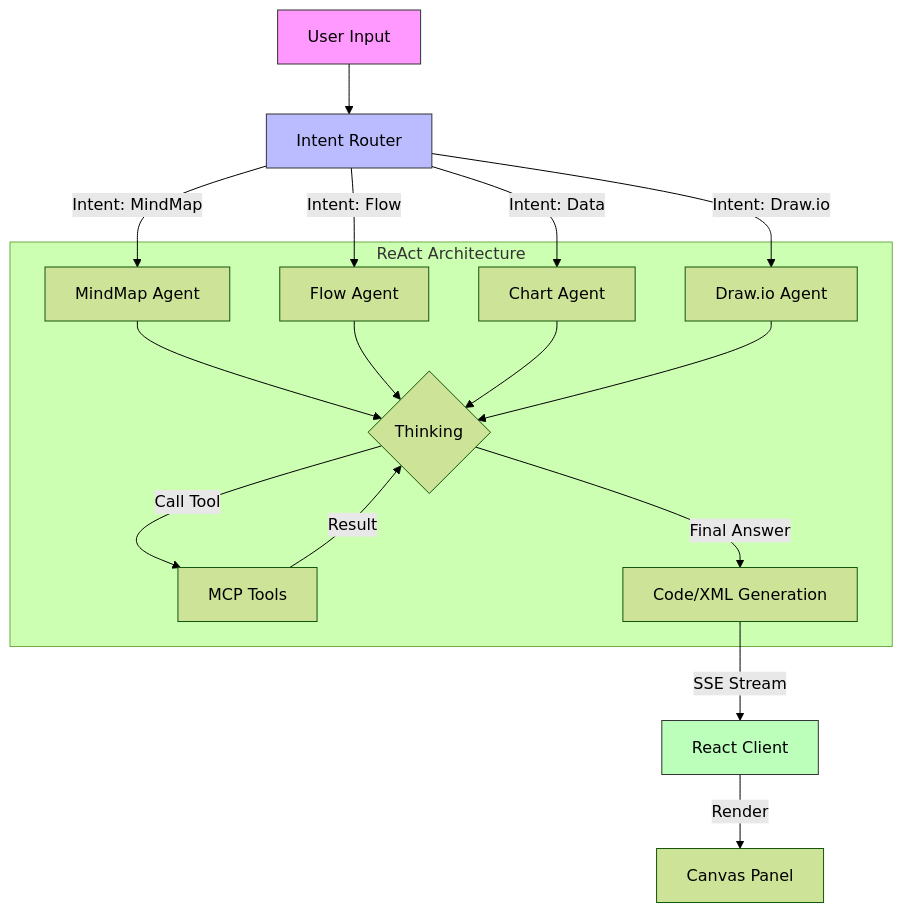
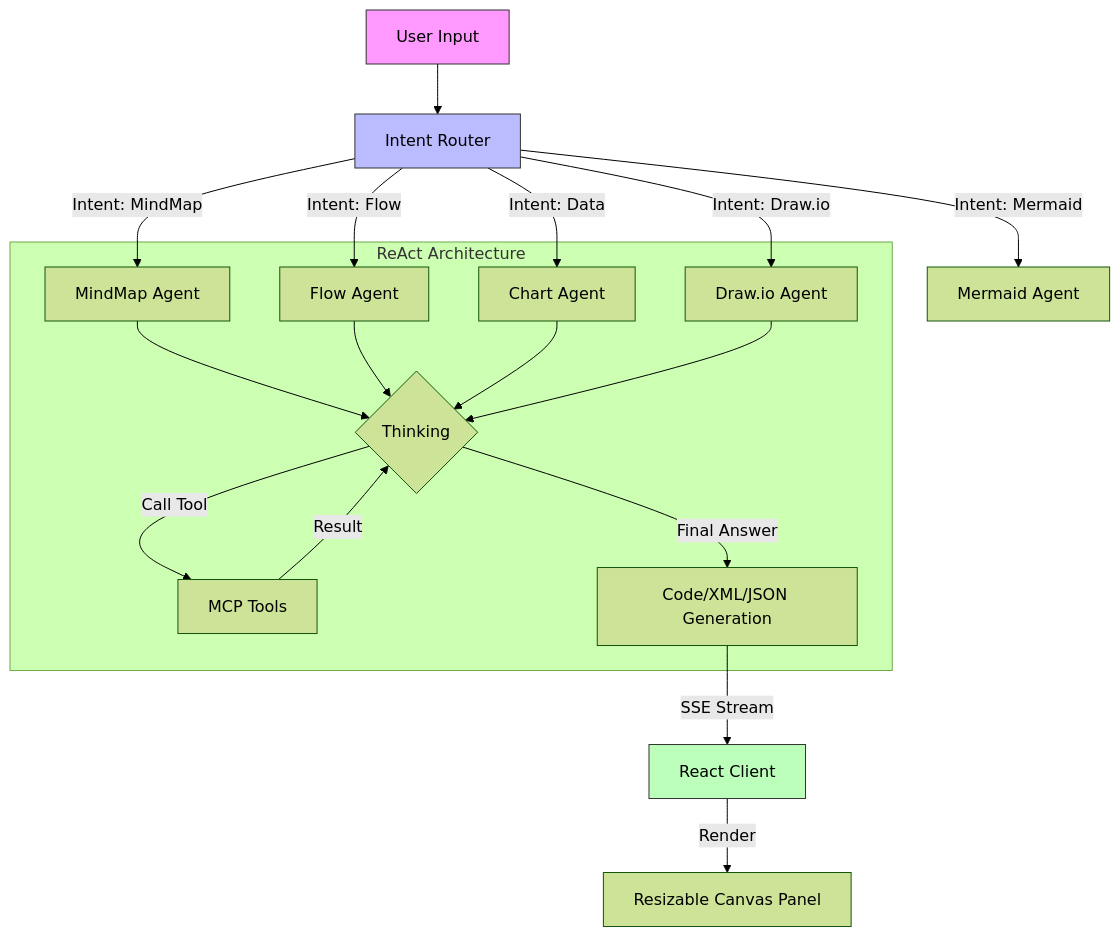
Before and after one commit to orange-gi/DeepDiagram: the diagram in README.md, drawn with Mermaid (forest theme). The commit also changed other lines of this file and 27 other files, not shown here.

````diff
--- a/README.md
+++ b/README.md
@@ -40,22 +56,23 @@
 ```mermaid
 graph TD
     User[User Input] --> Router[Intent Router]
     Router -->|Intent: MindMap| AgentA[MindMap Agent]
     Router -->|Intent: Flow| AgentB[Flow Agent]
     Router -->|Intent: Data| AgentC[Chart Agent]
     Router -->|Intent: Draw.io| AgentD[Draw.io Agent]
+    Router -->|Intent: Mermaid| AgentE[Mermaid Agent]
     
     subgraph Agent Loop [ReAct Architecture]
         AgentA & AgentB & AgentC & AgentD --> Think{Thinking}
         Think -->|Call Tool| Tools[MCP Tools]
         Tools -->|Result| Think
-        Think -->|Final Answer| Output[Code/XML Generation]
+        Think -->|Final Answer| Output[Code/XML/JSON Generation]
     end
     
     Output -->|SSE Stream| Frontend[React Client]
-    Frontend -->|Render| Canvas[Canvas Panel]
+    Frontend -->|Render| Canvas[Resizable Canvas Panel]
     
     style User fill:#f9f,stroke:#333
     style Router fill:#bbf,stroke:#333
     style Frontend fill:#bfb,stroke:#333
 ```
````
